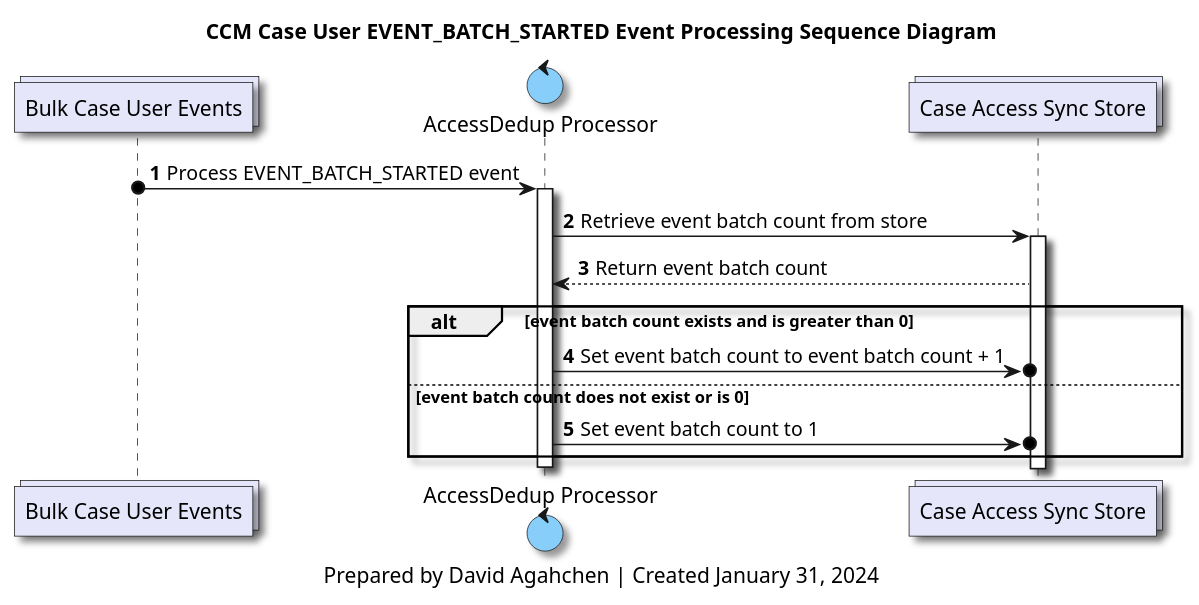
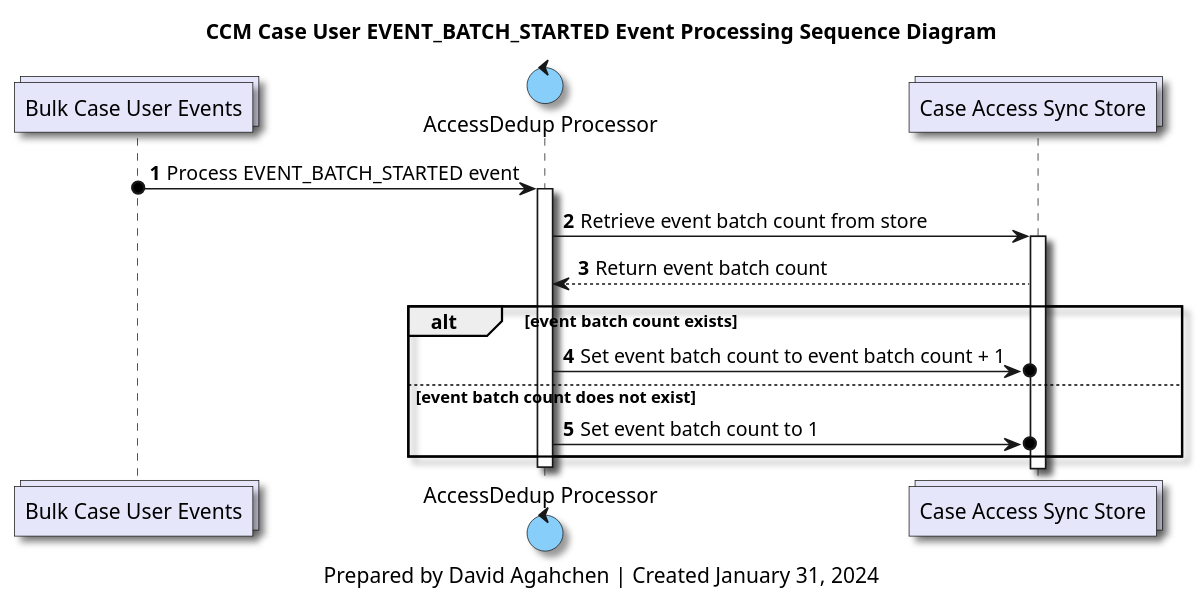
One commit to bcgov/jpss-jade-ccm changed the diagram in diagrams/ccm_case_user_event_batch_started_processing_sequence_diagram.plantuml. Above: the diagram before and after it, drawn with PlantUML. The commit also changed 7 other files, not shown here.

First line of the commit message:
Update CaseUserEvent processing and processing sequence diagrams

```diff
--- a/diagrams/ccm_case_user_event_batch_started_processing_sequence_diagram.plantuml
+++ b/diagrams/ccm_case_user_event_batch_started_processing_sequence_diagram.plantuml
@@ -1,43 +1,43 @@
 @startuml
 'hide footbox
 
 skinparam Shadowing true
 skinparam CollectionsBackgroundColor Lavender
 skinparam ControlBackgroundColor LightSkyBlue
 skinparam BoundaryBackgroundColor LightGrey
 
 /' 
 Available colours
 https://plantuml-documentation.readthedocs.io/en/latest/formatting/color-names.html
 '/
 
 collections bulk_case_users_topic as "Bulk Case User Events"
 control accessdedup_processor as "AccessDedup Processor"
 collections case_access_sync_store as "Case Access Sync Store"
 
 title
 CCM Case User EVENT_BATCH_STARTED Event Processing Sequence Diagram
 end title
 
 autonumber
 
 bulk_case_users_topic o-> accessdedup_processor : Process EVENT_BATCH_STARTED event
 
 activate accessdedup_processor
 
 accessdedup_processor -> case_access_sync_store : Retrieve event batch count from store
 activate case_access_sync_store
 case_access_sync_store --> accessdedup_processor : Return event batch count
 
-alt event batch count exists and is greater than 0
+alt event batch count exists
     accessdedup_processor ->o case_access_sync_store : Set event batch count to event batch count + 1
-else event batch count does not exist or is 0
+else event batch count does not exist
     accessdedup_processor ->o case_access_sync_store : Set event batch count to 1
 end
 
 deactivate accessdedup_processor
 
 caption
 Prepared by David Agahchen | Created January 31, 2024
 end caption
 @enduml
```
